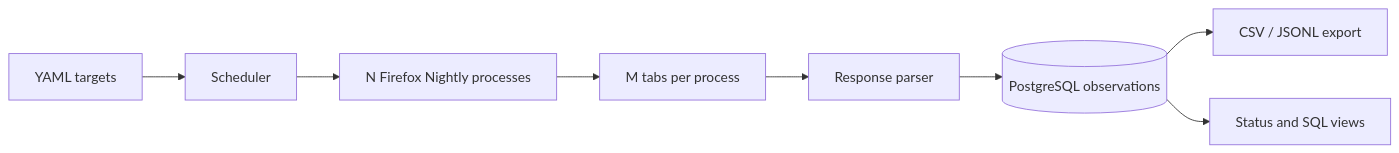
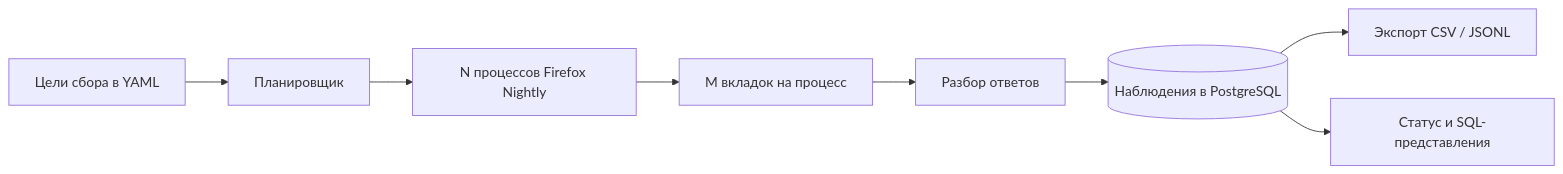
Before and after one commit to dregvilton/yandex-market-collector: the diagram in README.md, drawn with Mermaid. The commit also changed other lines of this file, not shown here.

````diff
--- a/README.md
+++ b/README.md
@@ -9,10 +9,10 @@
 ```mermaid
 flowchart LR
-  Y[YAML targets] --> S[Scheduler]
-  S --> B[N Firefox Nightly processes]
-  B --> T[M tabs per process]
-  T --> P[Response parser]
-  P --> D[(PostgreSQL observations)]
-  D --> E[CSV / JSONL export]
-  D --> H[Status and SQL views]
+  Y[Цели сбора в YAML] --> S[Планировщик]
+  S --> B[N процессов Firefox Nightly]
+  B --> T[M вкладок на процесс]
+  T --> P[Разбор ответов]
+  P --> D[(Наблюдения в PostgreSQL)]
+  D --> E[Экспорт CSV / JSONL]
+  D --> H[Статус и SQL-представления]
 ```
````
